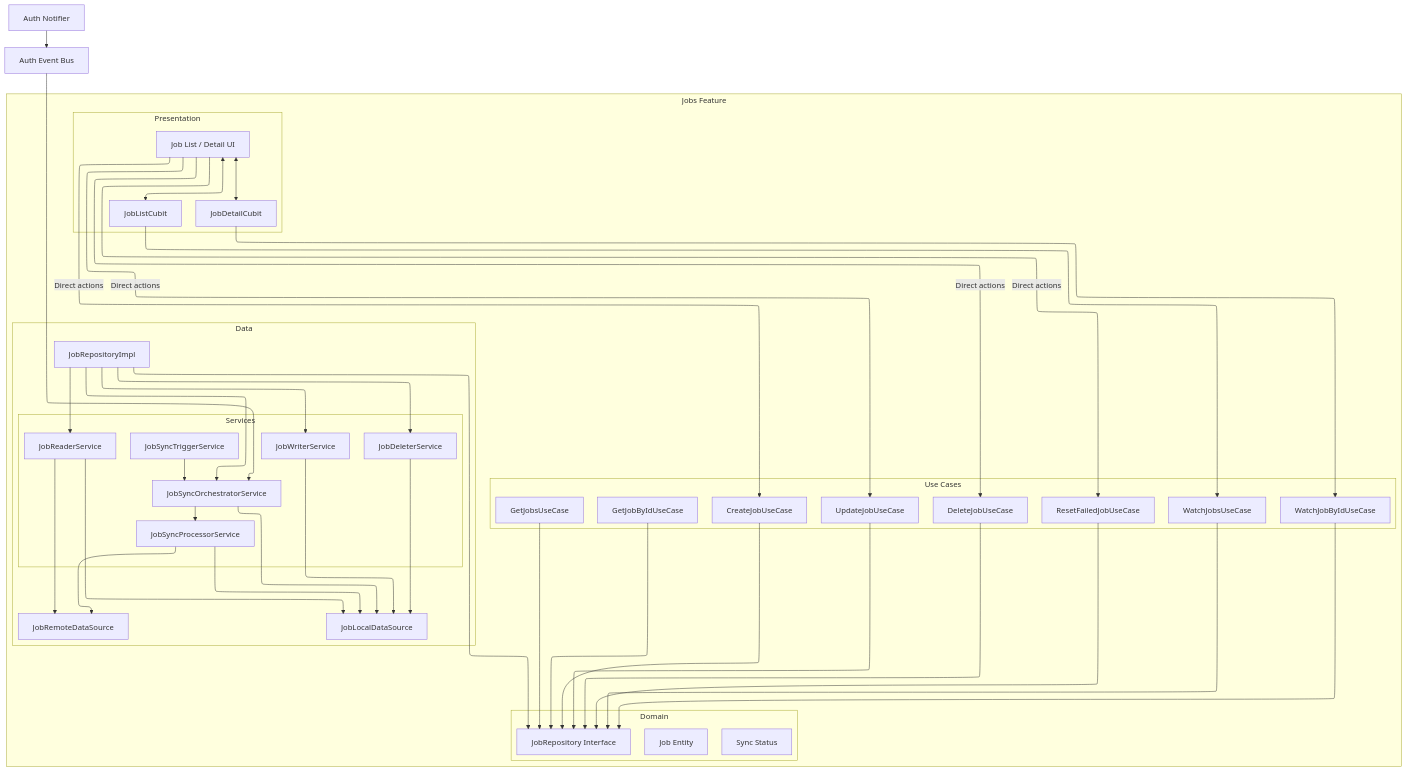
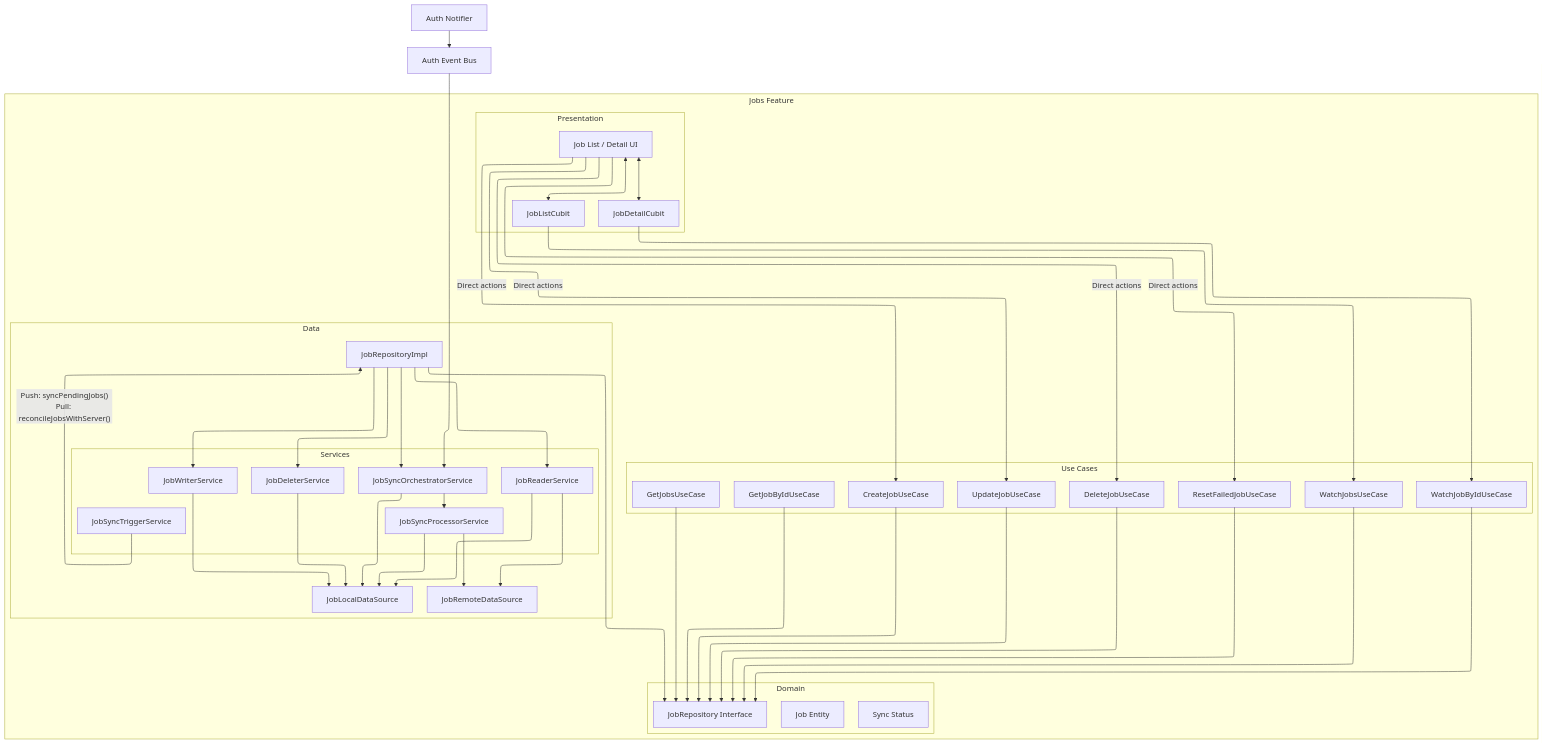
The second of 2 diagrams in docs/current/architecture-overview.md (MediScribe/docjet-mobile), drawn with Mermaid before and after one commit. The commit also changed 19 other files, not shown here.

First line of the commit message:
Implement periodic pull sync for server deletion detection

```diff
--- a/docs/current/architecture-overview.md
+++ b/docs/current/architecture-overview.md
@@ -189,7 +189,7 @@
         RepoImpl --> WriterSvc
         RepoImpl --> DeleterSvc
         RepoImpl --> SyncOrch
-        SyncTrigger --> SyncOrch
+        SyncTrigger -->|"Push: syncPendingJobs()<br>Pull: reconcileJobsWithServer()"| RepoImpl
         SyncOrch --> SyncProc
         ReaderSvc --> LocalDS
         WriterSvc --> LocalDS
```
